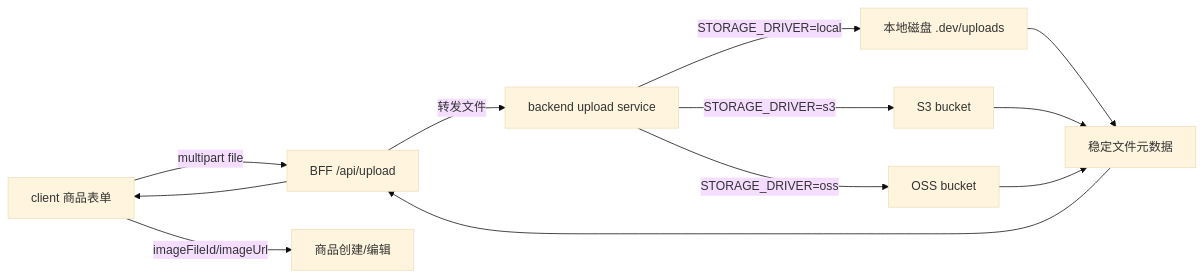
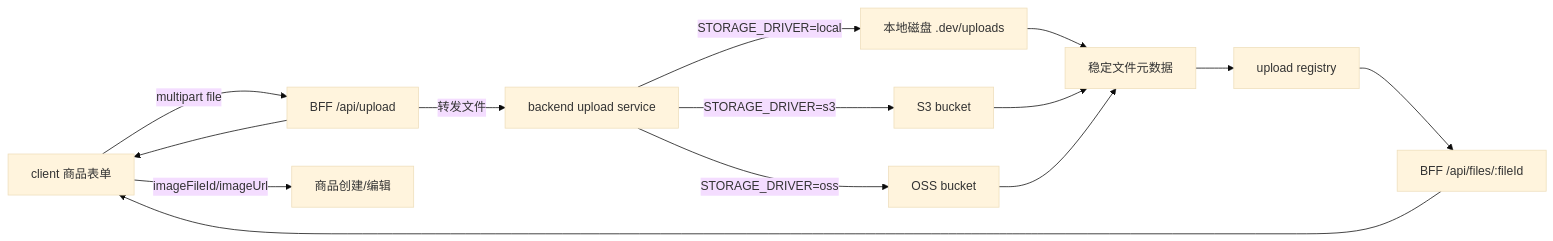
One commit to dadanliu/simulation-system changed the diagram in docs/08-object-storage.md. Above: the diagram before and after it, drawn with Mermaid (base theme). The commit also changed other lines of this file and 19 other files, not shown here.

````diff
--- a/docs/08-object-storage.md
+++ b/docs/08-object-storage.md
@@ -79,14 +79,16 @@
 ```mermaid
 flowchart LR
   Client[client 商品表单] -->|multipart file| BFF[BFF /api/upload]
   BFF -->|转发文件| Server[backend upload service]
   Server -->|STORAGE_DRIVER=local| Local[本地磁盘 .dev/uploads]
   Server -->|STORAGE_DRIVER=s3| S3[S3 bucket]
   Server -->|STORAGE_DRIVER=oss| OSS[OSS bucket]
   Local --> Meta[稳定文件元数据]
   S3 --> Meta
   OSS --> Meta
-  Meta --> BFF
+  Meta --> Registry[upload registry]
+  Registry --> BFFFile[BFF /api/files/:fileId]
   BFF --> Client
+  BFFFile --> Client
   Client -->|imageFileId/imageUrl| Commodity[商品创建/编辑]
 ```
````
